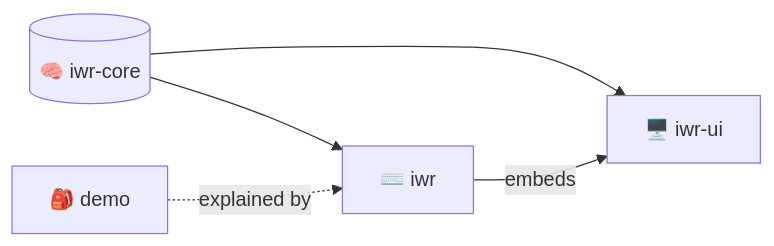
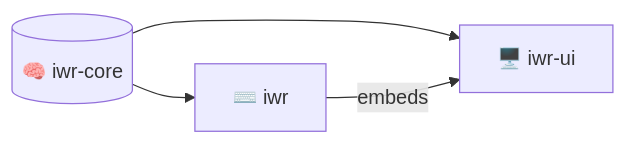
The diagram in codecast/01-welcome.md (AlexandreKarlsson/IwannatRust), drawn with Mermaid before and after one commit. The commit also changed other lines of this file and 32 other files, not shown here.

````diff
--- a/codecast/01-welcome.md
+++ b/codecast/01-welcome.md
@@ -2,7 +2,6 @@
 ```mermaid
 graph LR
   core[(🧠 iwr-core)] --> ui[🖥️ iwr-ui]
   core --> cli[⌨️ iwr]
   cli -->|embeds| ui
-  demo[🎒 demo] -.->|explained by| cli
 ```
````
